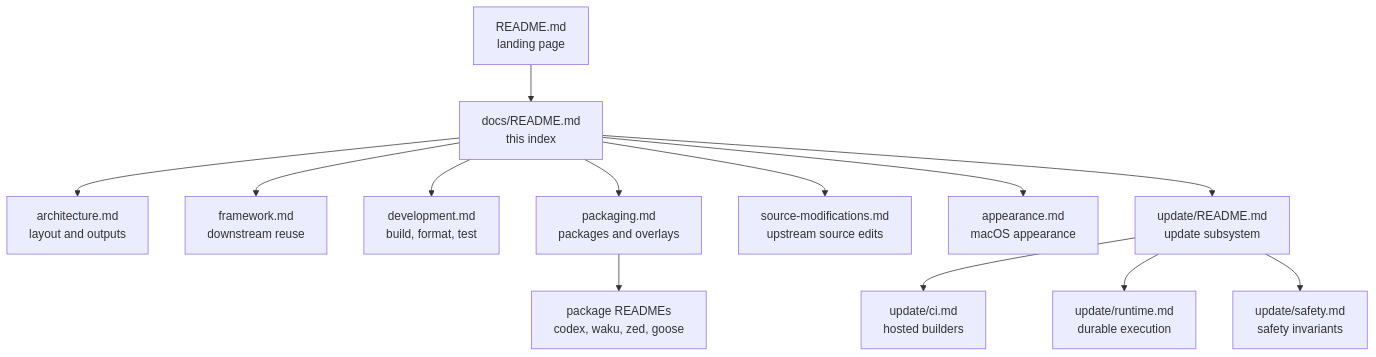
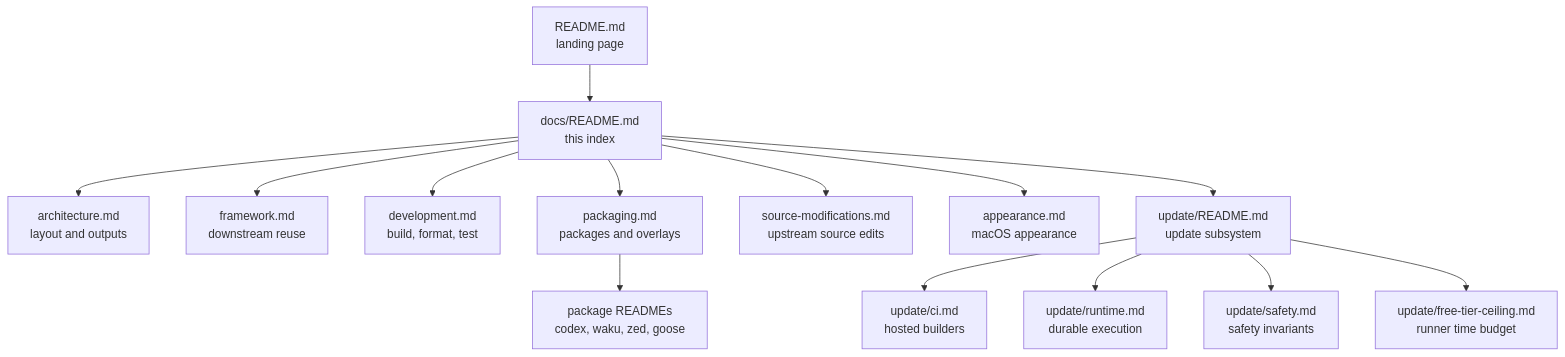
Before and after one commit to gkze/nixcfg: the diagram in docs/README.md, drawn with Mermaid. The commit also changed other lines of this file and 452 other files, not shown here.

````diff
--- a/docs/README.md
+++ b/docs/README.md
@@ -8,15 +8,16 @@
 ```mermaid
 flowchart TD
   root["README.md<br/>landing page"] --> index["docs/README.md<br/>this index"]
   index --> arch["architecture.md<br/>layout and outputs"]
   index --> fw["framework.md<br/>downstream reuse"]
   index --> dev["development.md<br/>build, format, test"]
   index --> pkg["packaging.md<br/>packages and overlays"]
   index --> srcmod["source-modifications.md<br/>upstream source edits"]
   index --> appear["appearance.md<br/>macOS appearance"]
   index --> upd["update/README.md<br/>update subsystem"]
   upd --> updci["update/ci.md<br/>hosted builders"]
   upd --> updrt["update/runtime.md<br/>durable execution"]
   upd --> updsafe["update/safety.md<br/>safety invariants"]
+  upd --> updfree["update/free-tier-ceiling.md<br/>runner time budget"]
   pkg --> examples["package READMEs<br/>codex, waku, zed, goose"]
 ```
````
